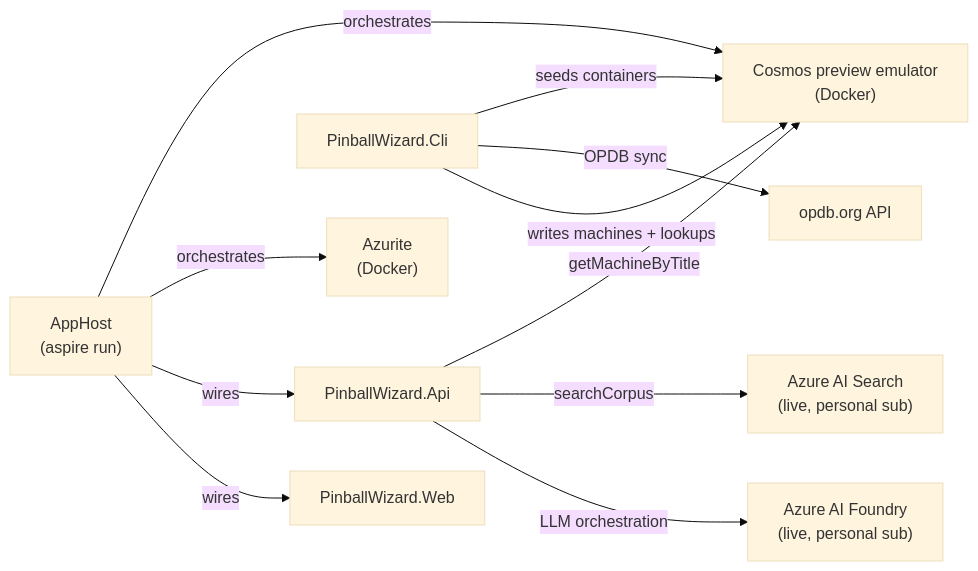
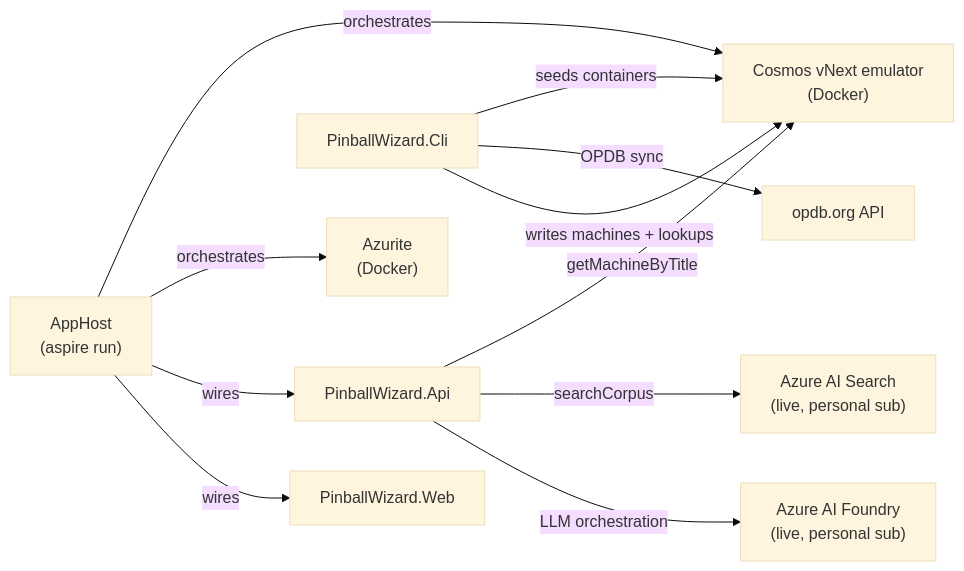
One commit to Early-Bird-Solutions-LLC/PinballWizard changed the diagram in docs/local-development.md. Above: the diagram before and after it, drawn with Mermaid (base theme). The commit also changed other lines of this file and 3 other files, not shown here.

First line of the commit message:
docs: Cosmos vNext emulator after RunAsEmulator migration (#1008) (#1011)

````diff
--- a/docs/local-development.md
+++ b/docs/local-development.md
@@ -16,23 +16,23 @@
 ```mermaid
 graph LR
     AppHost["AppHost\n(aspire run)"]
-    Emulator["Cosmos preview emulator\n(Docker)"]
+    Emulator["Cosmos vNext emulator\n(Docker)"]
     Azurite["Azurite\n(Docker)"]
     CLI["PinballWizard.Cli"]
     OPDB["opdb.org API"]
     Foundry["Azure AI Foundry\n(live, personal sub)"]
     Search["Azure AI Search\n(live, personal sub)"]
     Api["PinballWizard.Api"]
     Web["PinballWizard.Web"]
 
     AppHost -->|orchestrates| Emulator
     AppHost -->|orchestrates| Azurite
     AppHost -->|wires| Api
     AppHost -->|wires| Web
     CLI -->|seeds containers| Emulator
     CLI -->|OPDB sync| OPDB
     CLI -->|writes machines + lookups| Emulator
     Api -->|getMachineByTitle| Emulator
     Api -->|searchCorpus| Search
     Api -->|LLM orchestration| Foundry
 ```
````
